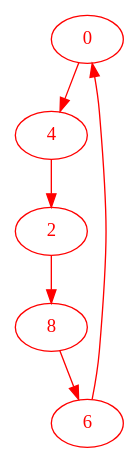
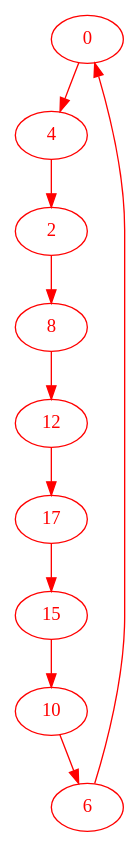
The diagram in molecules/benzanthracene/lewis/benzanthracene_5/cycle_1.dot (AdrienVaret/Benzenoids), drawn with Graphviz before and after one commit. The commit also changed 30 other files, not shown here.

```diff
--- a/molecules/benzanthracene/lewis/benzanthracene_5/cycle_1.dot
+++ b/molecules/benzanthracene/lewis/benzanthracene_5/cycle_1.dot
@@ -1,8 +1,12 @@
 digraph g{
-node [color = red, fontcolor=red]; 0 2 4 6 8 ;
+node [color = red, fontcolor=red]; 0 2 4 6 8 10 12 15 17 ;
 0 -> 4 [color=red] ;
 2 -> 8 [color=red] ;
 4 -> 2 [color=red] ;
 6 -> 0 [color=red] ;
-8 -> 6 [color=red] ;
+8 -> 12 [color=red] ;
+10 -> 6 [color=red] ;
+12 -> 17 [color=red] ;
+15 -> 10 [color=red] ;
+17 -> 15 [color=red] ;
 }
```
